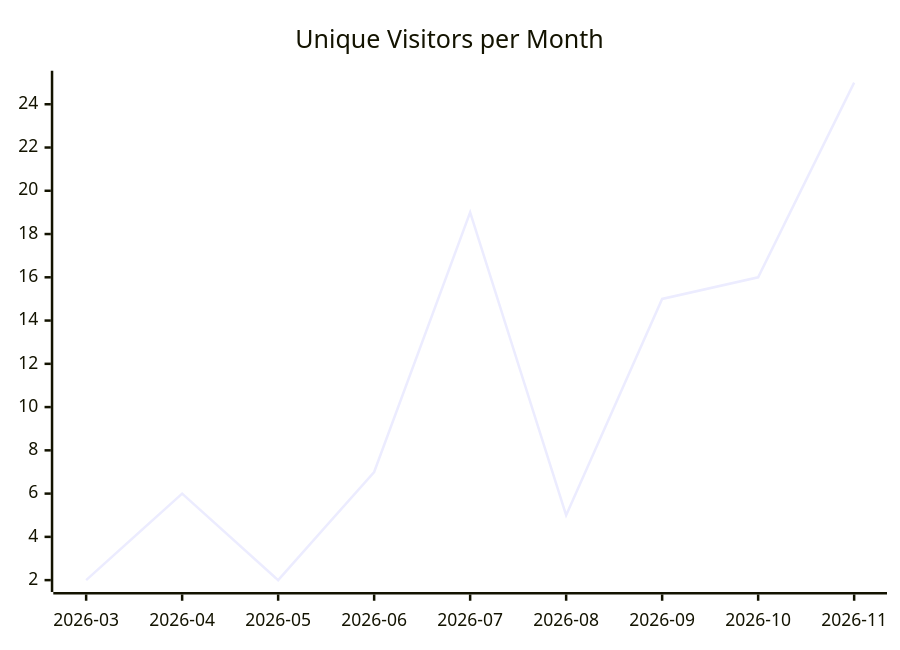
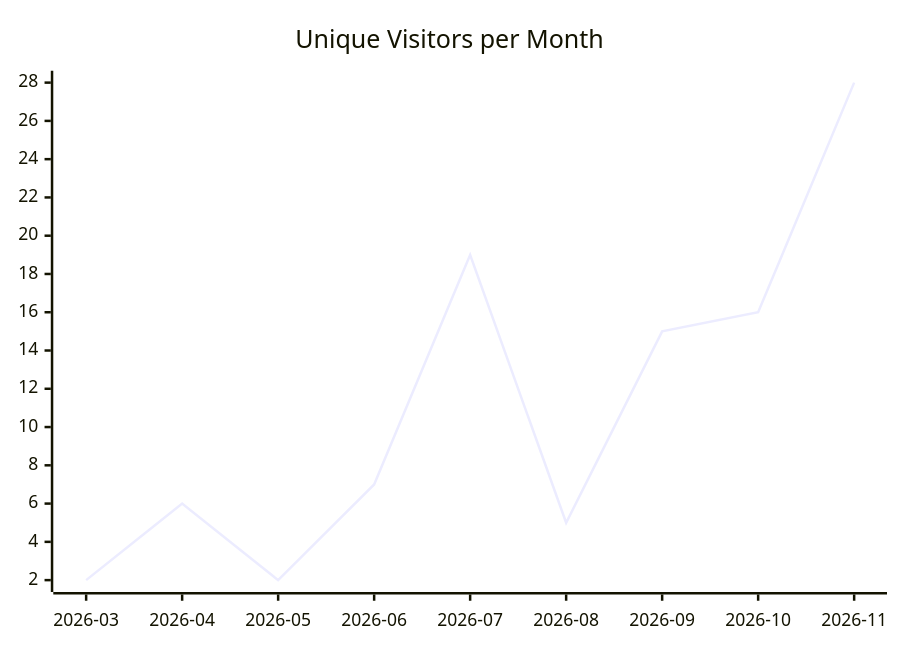
Before and after one commit to justdavis-family/github-analytics-data: the first of 3 diagrams in karlmdavis/fhir-benchmarks/README.md, drawn with Mermaid. The commit also changed other lines of this file and 193 other files, not shown here.

````diff
--- a/karlmdavis/fhir-benchmarks/README.md
+++ b/karlmdavis/fhir-benchmarks/README.md
@@ -5,6 +5,6 @@
 ```mermaid
 xychart-beta
   title "Unique Visitors per Month"
   x-axis ["2026-03", "2026-04", "2026-05", "2026-06", "2026-07", "2026-08", "2026-09", "2026-10", "2026-11"]
-  line [2, 6, 2, 7, 19, 5, 15, 16, 25]
+  line [2, 6, 2, 7, 19, 5, 15, 16, 28]
 ```
````
